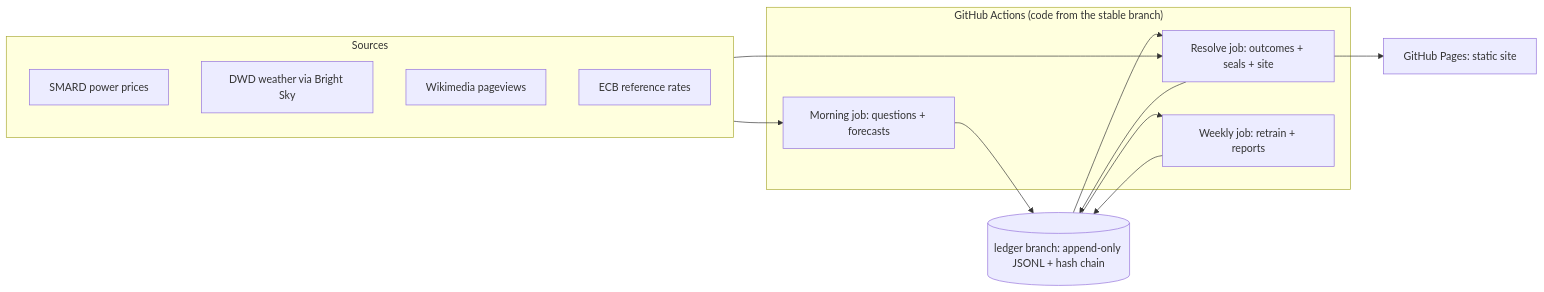
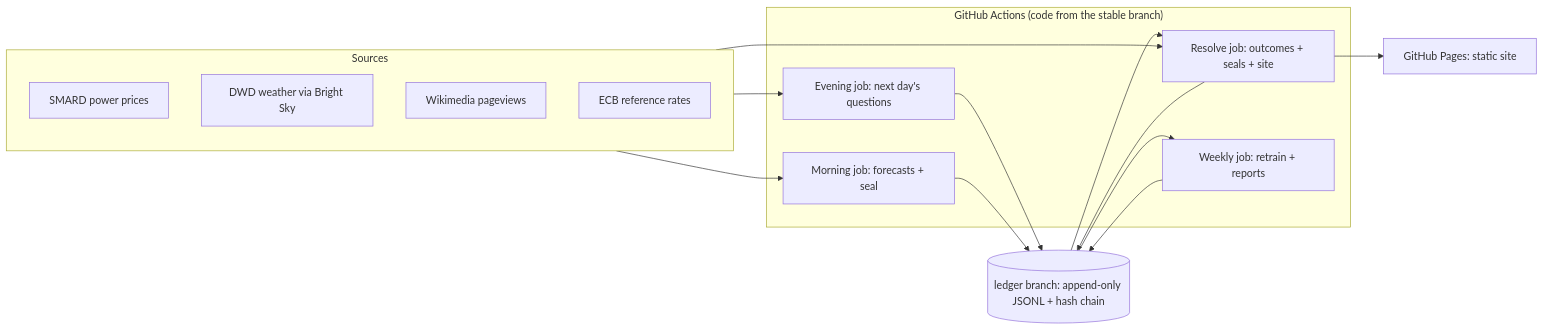
One commit to JASHD12/forecast-arena changed the diagram in README.md. Above: the diagram before and after it, drawn with Mermaid. The commit also changed other lines of this file and 29 other files, not shown here.

First line of the commit message:
T160: publish questions the evening before (template v2); forecasts and lock unchanged

````diff
--- a/README.md
+++ b/README.md
@@ -134,20 +134,22 @@
 ```mermaid
 flowchart LR
   subgraph Sources
     S1[SMARD power prices]
     S2[DWD weather via Bright Sky]
     S3[Wikimedia pageviews]
     S4[ECB reference rates]
   end
   subgraph "GitHub Actions (code from the stable branch)"
-    M[Morning job: questions + forecasts]
+    E[Evening job: next day's questions]
+    M[Morning job: forecasts + seal]
     R[Resolve job: outcomes + seals + site]
     T[Weekly job: retrain + reports]
   end
   L[(ledger branch: append-only JSONL + hash chain)]
   P[GitHub Pages: static site]
+  Sources --> E --> L
   Sources --> M --> L
   Sources --> R --> L
   L --> R --> P
   L --> T --> L
 ```
````
